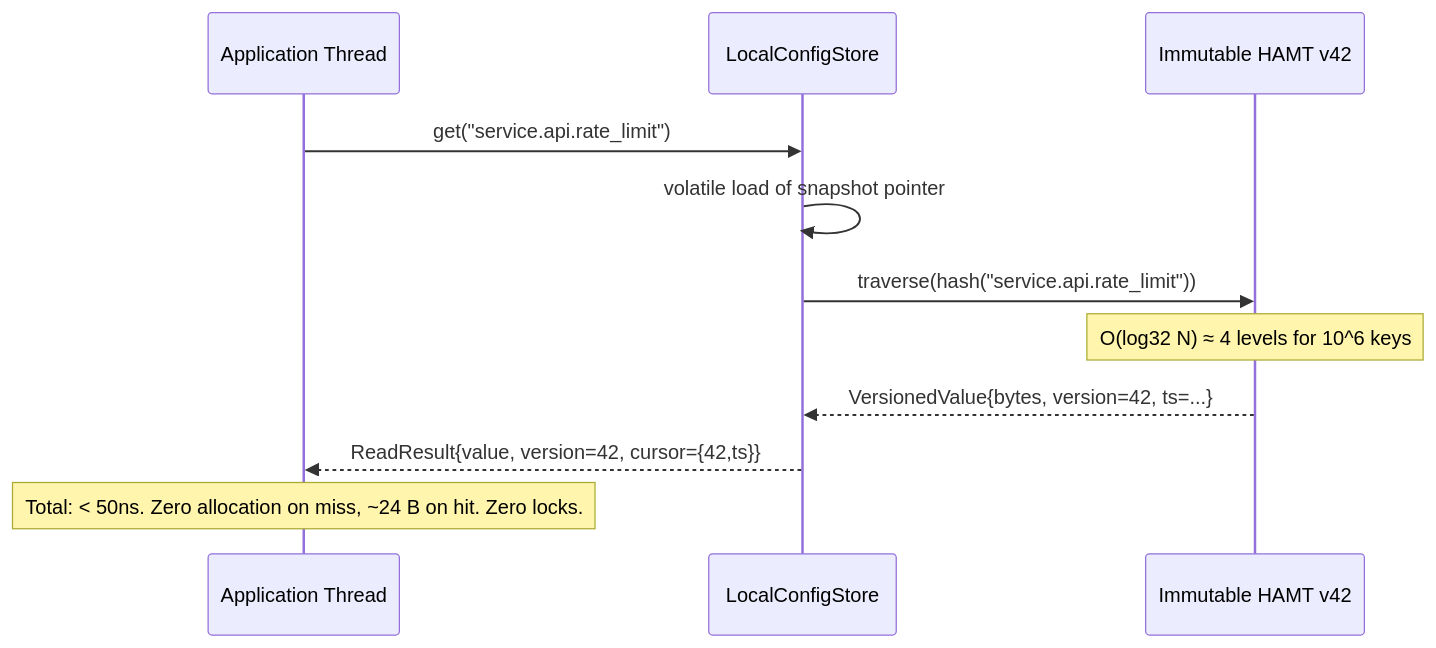
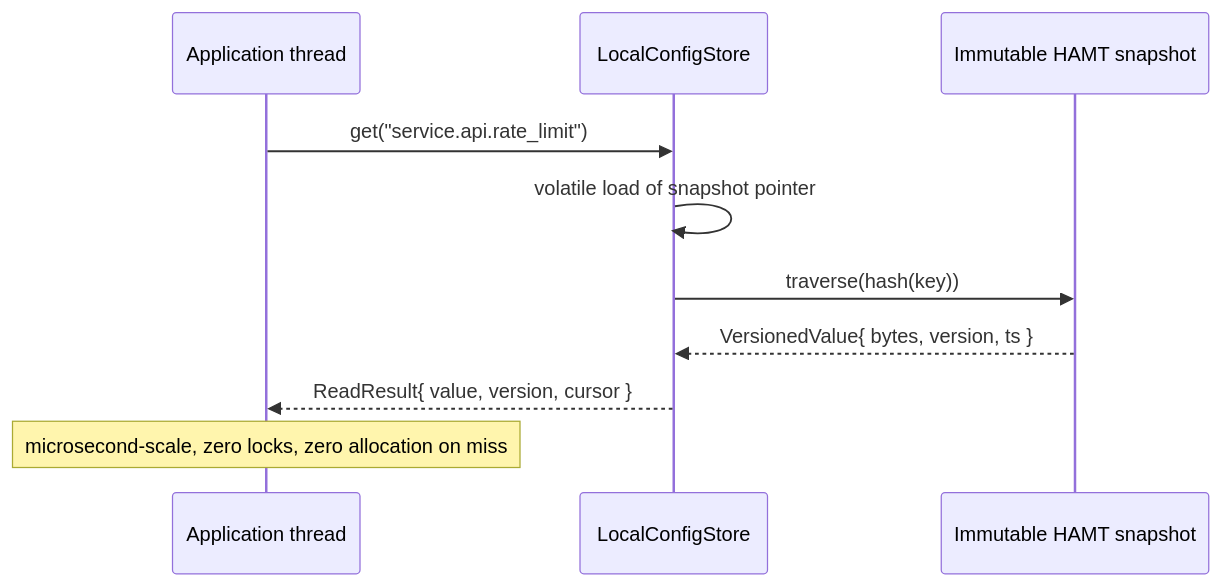
One commit to hyperxpro/Configd changed the third of 3 diagrams in docs/architecture/architecture.md. Above: the diagram before and after it, drawn with Mermaid. The commit also changed other lines of this file and 68 other files, not shown here.

````diff
--- a/docs/architecture/architecture.md
+++ b/docs/architecture/architecture.md
@@ -104,14 +124,13 @@
 ```mermaid
 sequenceDiagram
-    participant App as Application Thread
+    participant App as Application thread
     participant LC as LocalConfigStore
-    participant HAMT as Immutable HAMT v42
+    participant HAMT as Immutable HAMT snapshot
 
     App->>LC: get("service.api.rate_limit")
     LC->>LC: volatile load of snapshot pointer
-    LC->>HAMT: traverse(hash("service.api.rate_limit"))
-    Note over HAMT: O(log32 N) ≈ 4 levels for 10^6 keys
-    HAMT-->>LC: VersionedValue{bytes, version=42, ts=...}
-    LC-->>App: ReadResult{value, version=42, cursor={42,ts}}
-    Note over App: Total: < 50ns. Zero allocation on miss, ~24 B on hit. Zero locks.
+    LC->>HAMT: traverse(hash(key))
+    HAMT-->>LC: VersionedValue{ bytes, version, ts }
+    LC-->>App: ReadResult{ value, version, cursor }
+    Note over App: microsecond-scale, zero locks, zero allocation on miss
 ```
````
